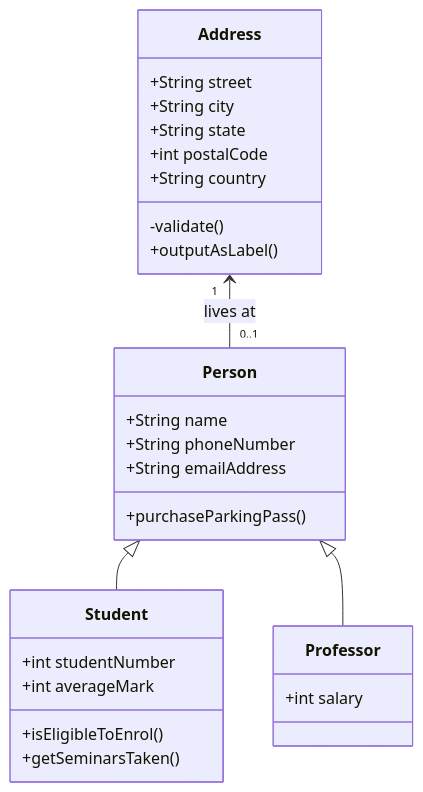
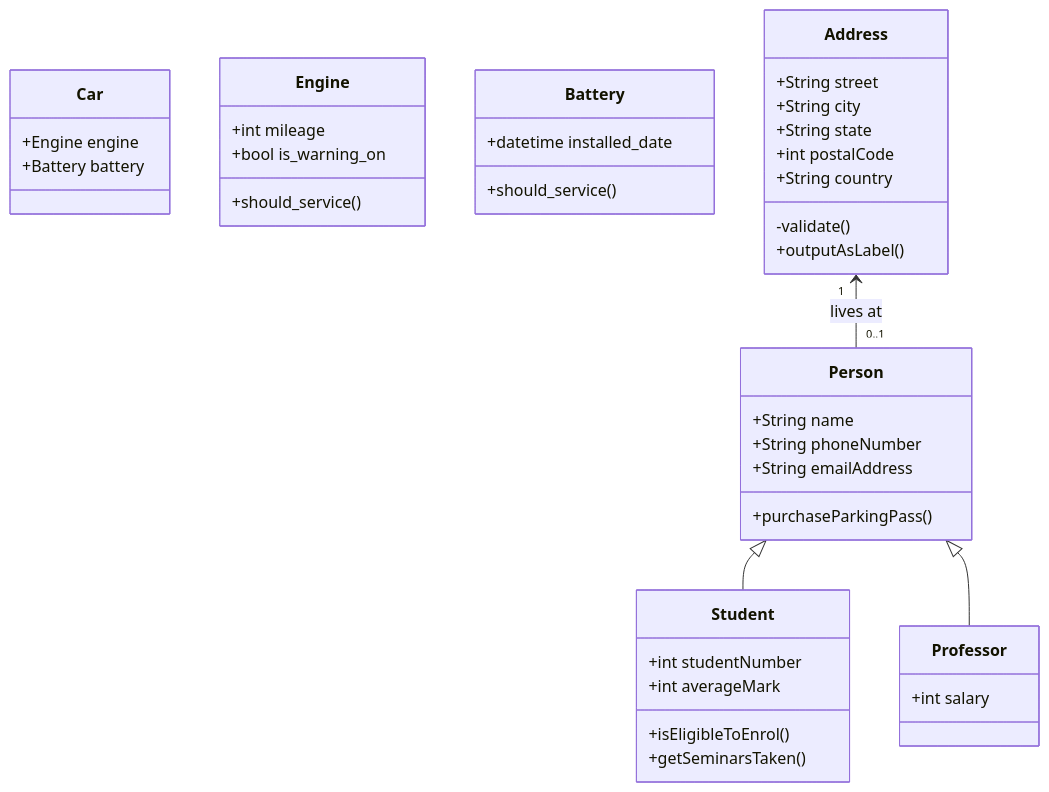
One commit to vagabond-systems/forage-lyft-starter-repo changed the diagram in uml-diagram.md. Above: the diagram before and after it, drawn with Mermaid. The commit also changed other lines of this file, not shown here.

````diff
--- a/uml-diagram.md
+++ b/uml-diagram.md
@@ -1,28 +1,45 @@
 ```mermaid
 classDiagram
+    Car
+    class Car{
+        +Engine engine
+        +Battery battery
+    }
+    class Engine{
+        +int mileage
+        +bool is_warning_on
+        +should_service()
+    }
+    class Battery{
+        +datetime installed_date
+        +should_service()
+    }
+
+
+
    Person <|-- Student
    Person <|-- Professor
    Person : +String name
    Person : +String phoneNumber
    Person : +String emailAddress
    Person: +purchaseParkingPass()
    Address "1" <-- "0..1" Person:lives at
    class Student{
       +int studentNumber
       +int averageMark
       +isEligibleToEnrol()
       +getSeminarsTaken()
     }
     class Professor{
       +int salary
     }
     class Address{
       +String street
       +String city
       +String state
       +int postalCode
       +String country
       -validate()
       +outputAsLabel()
     }
 ```
````
